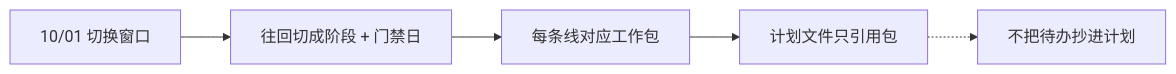
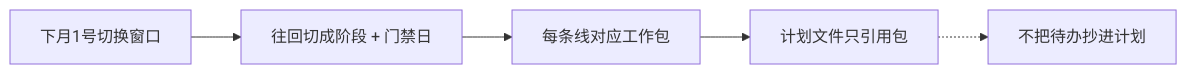
The second of 2 diagrams in examples/09-倒排上线计划.md (qiusuo0226/chrono-pm-skill), drawn with Mermaid before and after one commit. The commit also changed other lines of this file and 16 other files, not shown here.

````diff
--- a/examples/09-倒排上线计划.md
+++ b/examples/09-倒排上线计划.md
@@ -22,7 +22,7 @@
 ```mermaid
 flowchart LR
-    M["10/01 切换窗口"] --> P["往回切成阶段 + 门禁日"]
+    M["下月1号切换窗口"] --> P["往回切成阶段 + 门禁日"]
     P --> WP["每条线对应工作包"]
     WP --> PLAN["计划文件只引用包"]
     PLAN -.-> X["不把待办抄进计划"]
 ```
````
